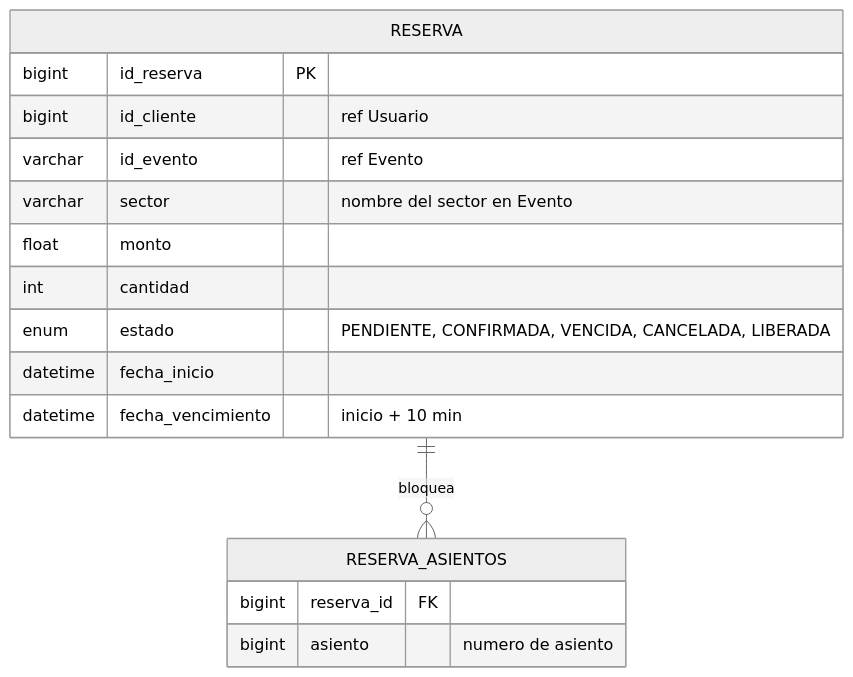
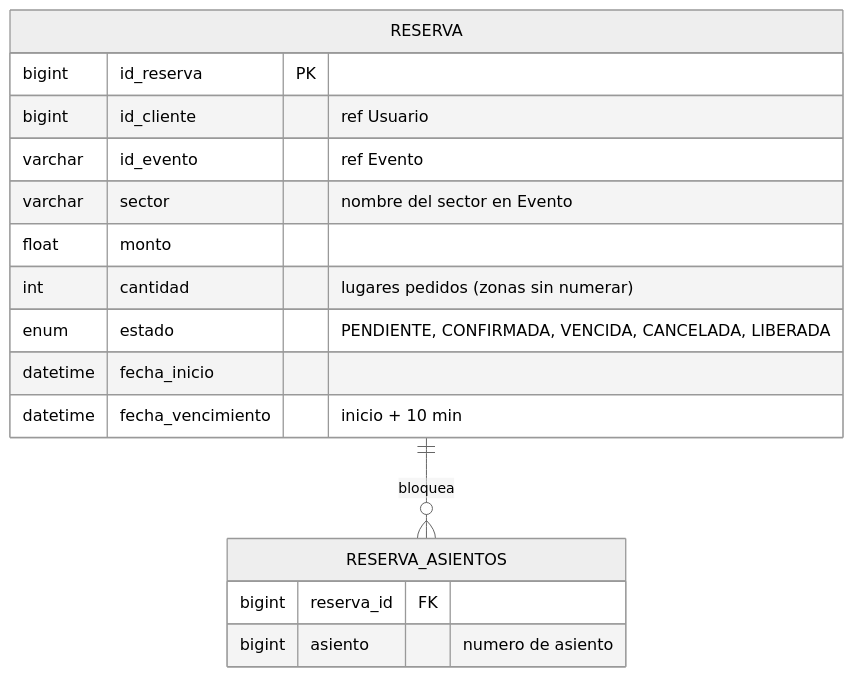
One commit to gonsalomon/TPs-Arquitecturas-Web changed the fifth of 10 diagrams in SistemaTicketYa/docs/diagramas.md. Above: the diagram before and after it, drawn with Mermaid (neutral theme). The commit also changed other lines of this file and 41 other files, not shown here.

````diff
--- a/SistemaTicketYa/docs/diagramas.md
+++ b/SistemaTicketYa/docs/diagramas.md
@@ -194,20 +238,20 @@
 ```mermaid
 erDiagram
     RESERVA ||--o{ RESERVA_ASIENTOS : "bloquea"
 
     RESERVA {
         bigint id_reserva PK
         bigint id_cliente "ref Usuario"
         varchar id_evento "ref Evento"
         varchar sector "nombre del sector en Evento"
         float monto
-        int cantidad
+        int cantidad "lugares pedidos (zonas sin numerar)"
         enum estado "PENDIENTE, CONFIRMADA, VENCIDA, CANCELADA, LIBERADA"
         datetime fecha_inicio
         datetime fecha_vencimiento "inicio + 10 min"
     }
     RESERVA_ASIENTOS {
         bigint reserva_id FK
         bigint asiento "numero de asiento"
     }
 ```
````
